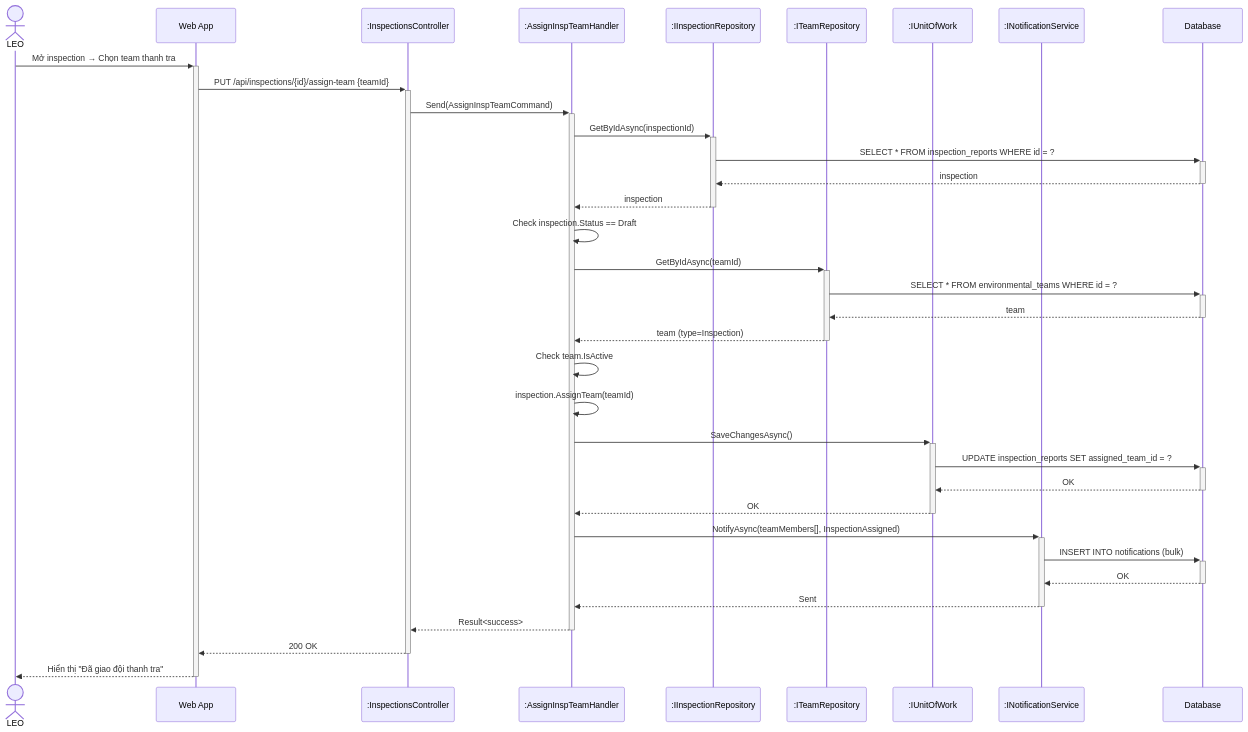
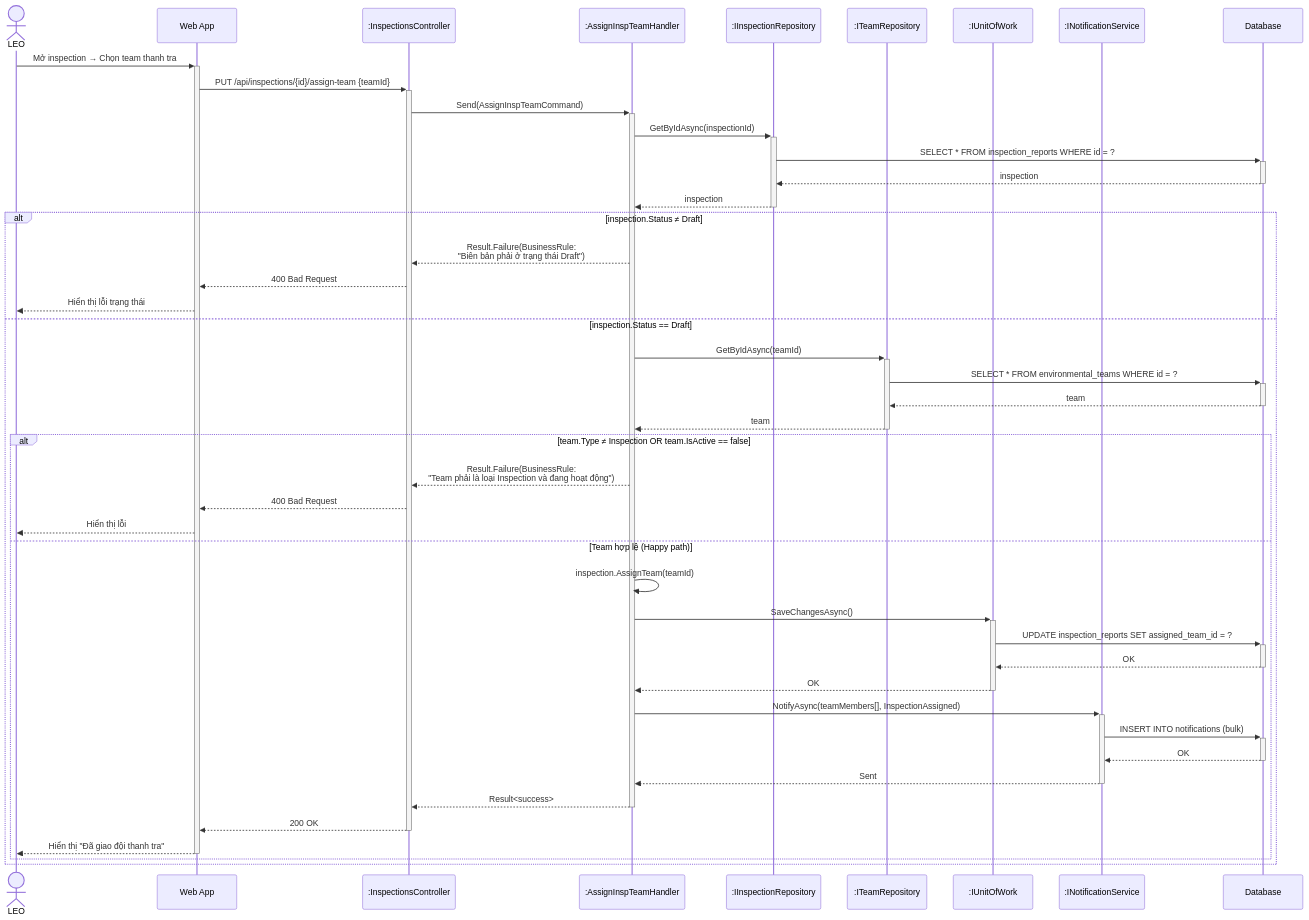
One commit to Capstonne-Project/greenlens-service changed diagram 14 of 25 in docs/BusinessRule/SEQUENCE_DIAGRAMS.md. Above: the diagram before and after it, drawn with Mermaid. The commit also changed other lines of this file, not shown here.

Commit message:
fix(docs): enhance bad case for sequence diagram

````diff
--- a/docs/BusinessRule/SEQUENCE_DIAGRAMS.md
+++ b/docs/BusinessRule/SEQUENCE_DIAGRAMS.md
@@ -794,44 +832,54 @@
 ```mermaid
 sequenceDiagram
     actor LEO
     participant App as Web App
     participant Ctrl as :InspectionsController
     participant Hdl as :AssignInspTeamHandler
     participant InspRepo as :IInspectionRepository
     participant TeamRepo as :ITeamRepository
     participant UoW as :IUnitOfWork
     participant Notif as :INotificationService
     participant DB as Database
 
     LEO->>+App: Mở inspection → Chọn team thanh tra
     App->>+Ctrl: PUT /api/inspections/{id}/assign-team {teamId}
     Ctrl->>+Hdl: Send(AssignInspTeamCommand)
 
     Hdl->>+InspRepo: GetByIdAsync(inspectionId)
     InspRepo->>+DB: SELECT * FROM inspection_reports WHERE id = ?
     DB-->>-InspRepo: inspection
     InspRepo-->>-Hdl: inspection
-    Hdl->>Hdl: Check inspection.Status == Draft
 
-    Hdl->>+TeamRepo: GetByIdAsync(teamId)
-    TeamRepo->>+DB: SELECT * FROM environmental_teams WHERE id = ?
-    DB-->>-TeamRepo: team
-    TeamRepo-->>-Hdl: team (type=Inspection)
-    Hdl->>Hdl: Check team.IsActive
+    alt inspection.Status ≠ Draft
+        Hdl-->>Ctrl: Result.Failure(BusinessRule:<br/>"Biên bản phải ở trạng thái Draft")
+        Ctrl-->>App: 400 Bad Request
+        App-->>LEO: Hiển thị lỗi trạng thái
+    else inspection.Status == Draft
+        Hdl->>+TeamRepo: GetByIdAsync(teamId)
+        TeamRepo->>+DB: SELECT * FROM environmental_teams WHERE id = ?
+        DB-->>-TeamRepo: team
+        TeamRepo-->>-Hdl: team
 
-    Hdl->>Hdl: inspection.AssignTeam(teamId)
+        alt team.Type ≠ Inspection OR team.IsActive == false
+            Hdl-->>Ctrl: Result.Failure(BusinessRule:<br/>"Team phải là loại Inspection và đang hoạt động")
+            Ctrl-->>App: 400 Bad Request
+            App-->>LEO: Hiển thị lỗi
+        else Team hợp lệ (Happy path)
+            Hdl->>Hdl: inspection.AssignTeam(teamId)
 
-    Hdl->>+UoW: SaveChangesAsync()
-    UoW->>+DB: UPDATE inspection_reports SET assigned_team_id = ?
-    DB-->>-UoW: OK
-    UoW-->>-Hdl: OK
+            Hdl->>+UoW: SaveChangesAsync()
+            UoW->>+DB: UPDATE inspection_reports SET assigned_team_id = ?
+            DB-->>-UoW: OK
+            UoW-->>-Hdl: OK
 
-    Hdl->>+Notif: NotifyAsync(teamMembers[], InspectionAssigned)
-    Notif->>+DB: INSERT INTO notifications (bulk)
-    DB-->>-Notif: OK
-    Notif-->>-Hdl: Sent
+            Hdl->>+Notif: NotifyAsync(teamMembers[], InspectionAssigned)
+            Notif->>+DB: INSERT INTO notifications (bulk)
+            DB-->>-Notif: OK
+            Notif-->>-Hdl: Sent
 
-    Hdl-->>-Ctrl: Result<success>
-    Ctrl-->>-App: 200 OK
-    App-->>-LEO: Hiển thị "Đã giao đội thanh tra"
+            Hdl-->>-Ctrl: Result<success>
+            Ctrl-->>-App: 200 OK
+            App-->>-LEO: Hiển thị "Đã giao đội thanh tra"
+        end
+    end
 ```
````
